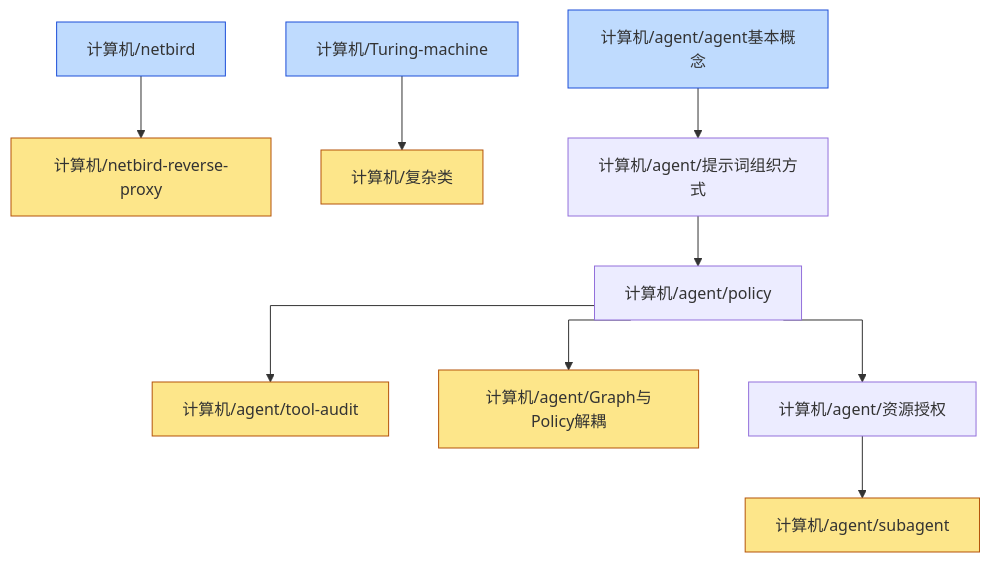
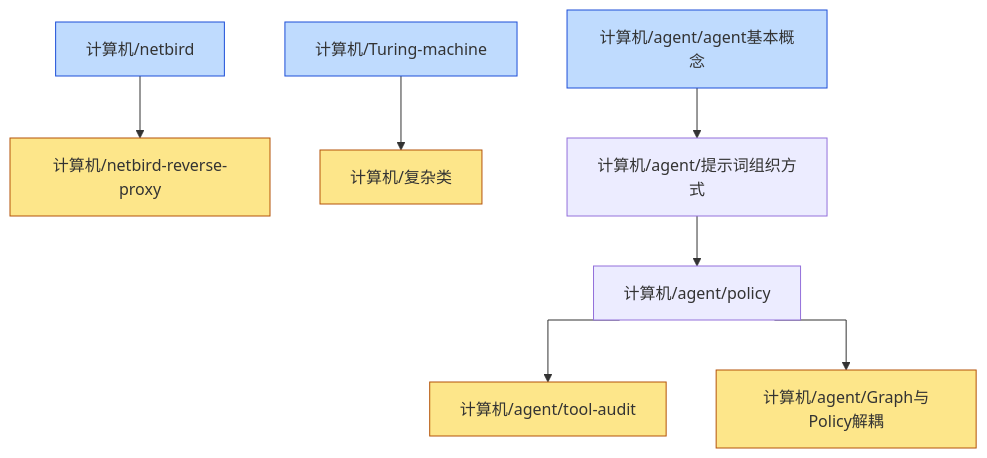
The diagram in content/计算机/dependency_graph.md (zeroDtree/zeroDtree.github.io), drawn with Mermaid before and after one commit. The commit also changed 13 other files, not shown here.

````diff
--- a/content/计算机/dependency_graph.md
+++ b/content/计算机/dependency_graph.md
@@ -1,27 +1,23 @@
 ```mermaid
 %%{init: {'flowchart': {'curve': 'stepAfter'}}}%%
 graph TD
 1["计算机/netbird"] --> 0["计算机/netbird-reverse-proxy"]
 3["计算机/Turing-machine"] --> 2["计算机/复杂类"]
 5["计算机/agent/policy"] --> 4["计算机/agent/tool-audit"]
 5["计算机/agent/policy"] --> 6["计算机/agent/Graph与Policy解耦"]
-8["计算机/agent/资源授权"] --> 7["计算机/agent/subagent"]
-10["计算机/agent/agent基本概念"] --> 9["计算机/agent/提示词组织方式"]
-9["计算机/agent/提示词组织方式"] --> 5["计算机/agent/policy"]
-5["计算机/agent/policy"] --> 8["计算机/agent/资源授权"]
+8["计算机/agent/agent基本概念"] --> 7["计算机/agent/提示词组织方式"]
+7["计算机/agent/提示词组织方式"] --> 5["计算机/agent/policy"]
 classDef leaf fill:#fde68a,stroke:#b45309
-class 0,2,4,6,7 leaf
+class 0,2,4,6 leaf
 classDef root fill:#bfdbfe,stroke:#1d4ed8
-class 1,3,10 root
+class 1,3,8 root
 click 0 "/计算机/netbird-reverse-proxy" "计算机/netbird-reverse-proxy"
 click 1 "/计算机/netbird" "计算机/netbird"
 click 2 "/计算机/复杂类" "计算机/复杂类"
 click 3 "/计算机/turing-machine" "计算机/Turing-machine"
 click 4 "/计算机/agent/tool-audit" "计算机/agent/tool-audit"
 click 5 "/计算机/agent/policy" "计算机/agent/policy"
 click 6 "/计算机/agent/graph与policy解耦" "计算机/agent/Graph与Policy解耦"
-click 7 "/计算机/agent/subagent" "计算机/agent/subagent"
-click 8 "/计算机/agent/资源授权" "计算机/agent/资源授权"
-click 9 "/计算机/agent/提示词组织方式" "计算机/agent/提示词组织方式"
-click 10 "/计算机/agent/agent基本概念" "计算机/agent/agent基本概念"
+click 7 "/计算机/agent/提示词组织方式" "计算机/agent/提示词组织方式"
+click 8 "/计算机/agent/agent基本概念" "计算机/agent/agent基本概念"
 ```
````
